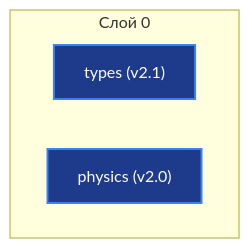
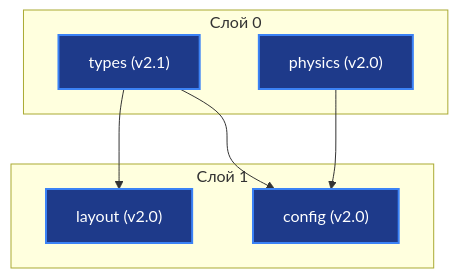
Before and after one commit to H4V1K-dev/axicor_enterprise: the diagram in docs/engine/INDEX.md, drawn with Mermaid. The commit also changed other lines of this file and 5 other files, not shown here.

````diff
--- a/docs/engine/INDEX.md
+++ b/docs/engine/INDEX.md
@@ -9,10 +9,18 @@
 ```mermaid
 graph TD
     subgraph L0["Слой 0"]
         types["types (v2.1)"]
         physics["physics (v2.0)"]
     end
+    subgraph L1["Слой 1"]
+        layout["layout (v2.0)"]
+        config["config (v2.0)"]
+    end
+
+    types --> layout
+    types --> config
+    physics --> config
 
     classDef active fill:#1e3a8a,stroke:#3b82f6,stroke-width:2px,color:#fff;
-    class types,physics active;
+    class types,physics,layout,config active;
 ```
````
